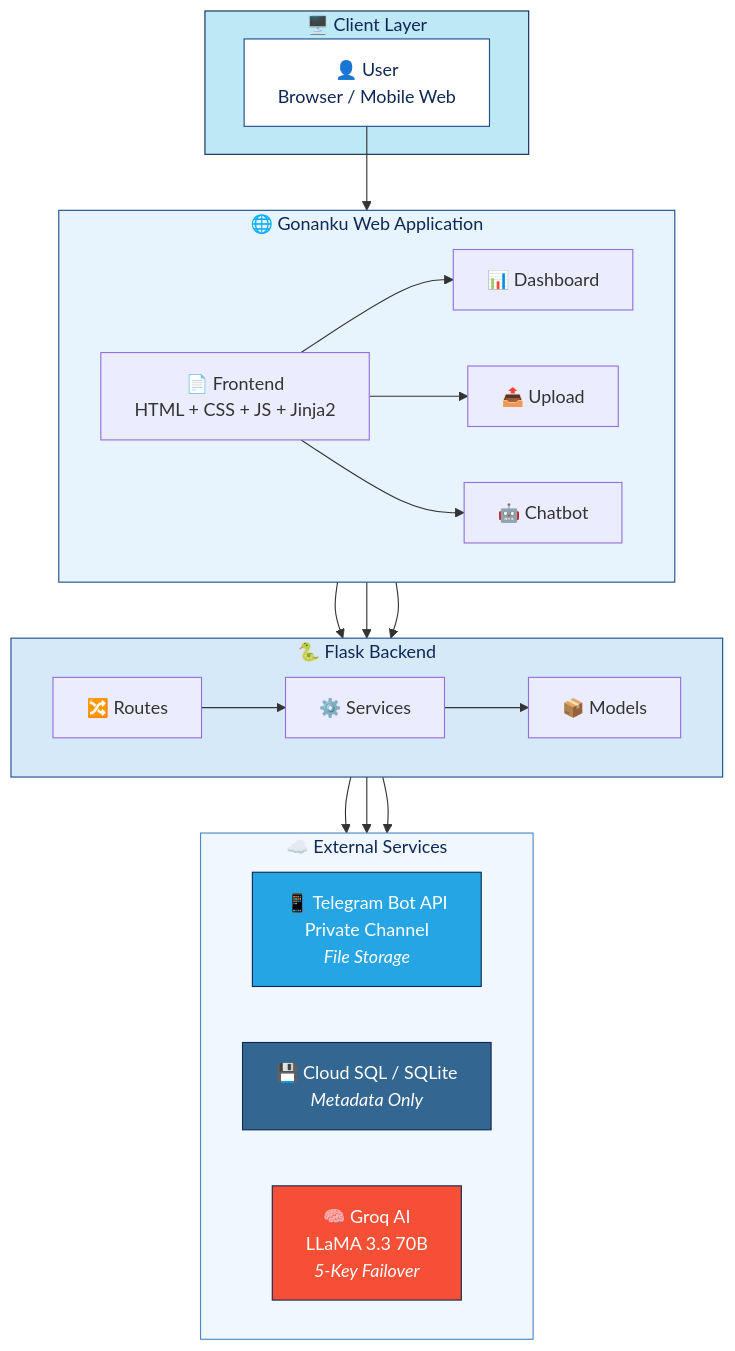
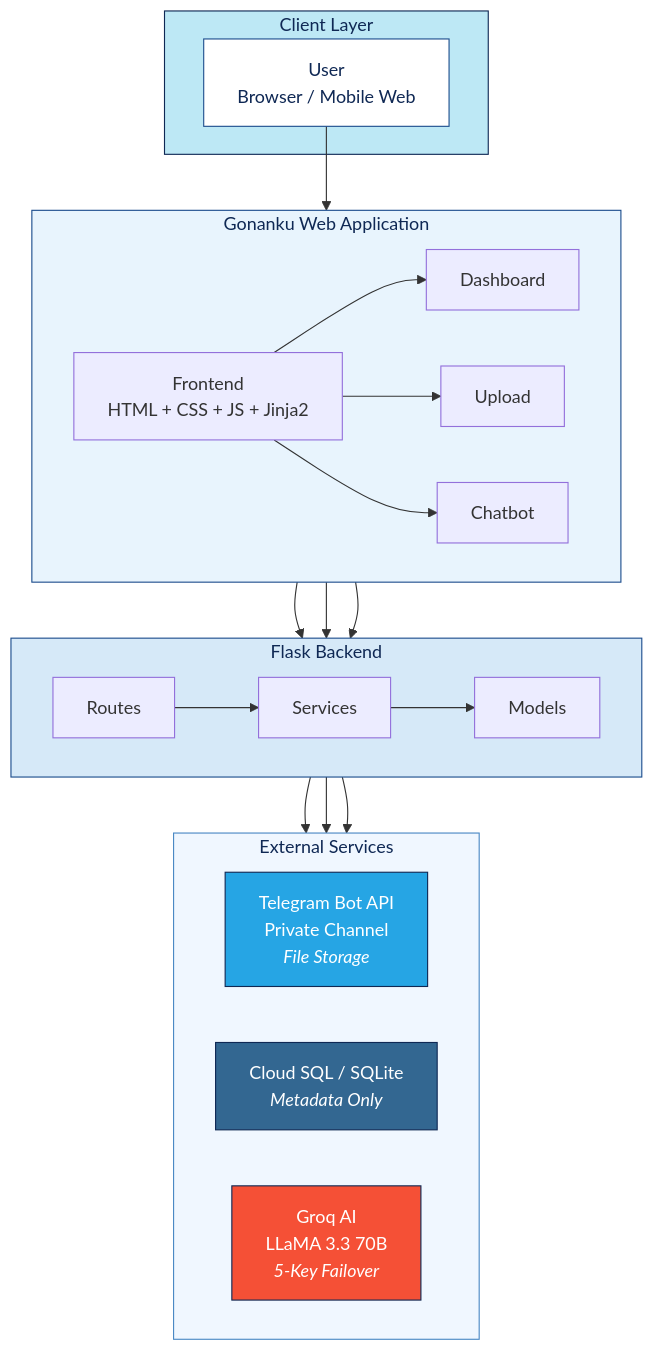
The first of 7 diagrams in README.md (Sulthonikamalm/cloudtubes-gonanku), drawn with Mermaid before and after one commit. The commit also changed other lines of this file, not shown here.

````diff
--- a/README.md
+++ b/README.md
@@ -68,44 +68,44 @@
 ```mermaid
 graph TB
-    subgraph CLIENT["🖥️ Client Layer"]
-        USER["👤 User<br/>Browser / Mobile Web"]
+    subgraph CLIENT["Client Layer"]
+        USER["User<br/>Browser / Mobile Web"]
     end
 
-    subgraph APP["🌐 Gonanku Web Application"]
+    subgraph APP["Gonanku Web Application"]
         direction LR
-        FE["📄 Frontend<br/>HTML + CSS + JS + Jinja2"]
-        DASH["📊 Dashboard"]
-        UPLOAD["📤 Upload"]
-        CHAT["🤖 Chatbot"]
+        FE["Frontend<br/>HTML + CSS + JS + Jinja2"]
+        DASH["Dashboard"]
+        UPLOAD["Upload"]
+        CHAT["Chatbot"]
     end
 
-    subgraph BACKEND["🐍 Flask Backend"]
+    subgraph BACKEND["Flask Backend"]
         direction LR
-        ROUTES["🔀 Routes"]
-        SERVICES["⚙️ Services"]
-        MODELS["📦 Models"]
+        ROUTES["Routes"]
+        SERVICES["Services"]
+        MODELS["Models"]
     end
 
-    subgraph EXTERNAL["☁️ External Services"]
+    subgraph EXTERNAL["External Services"]
         direction LR
-        TG["📱 Telegram Bot API<br/>Private Channel<br/><i>File Storage</i>"]
-        DB["💾 Cloud SQL / SQLite<br/><i>Metadata Only</i>"]
-        AI["🧠 Groq AI<br/>LLaMA 3.3 70B<br/><i>5-Key Failover</i>"]
+        TG["Telegram Bot API<br/>Private Channel<br/><i>File Storage</i>"]
+        DB["Cloud SQL / SQLite<br/><i>Metadata Only</i>"]
+        AI["Groq AI<br/>LLaMA 3.3 70B<br/><i>5-Key Failover</i>"]
     end
 
     USER --> FE
     FE --> DASH & UPLOAD & CHAT
     DASH & UPLOAD & CHAT --> ROUTES
     ROUTES --> SERVICES
     SERVICES --> MODELS
     SERVICES --> TG & DB & AI
 
     style CLIENT fill:#BDE8F5,stroke:#0F2854,color:#0F2854
     style APP fill:#E8F4FD,stroke:#1C4D8D,color:#0F2854
     style BACKEND fill:#D6E9F8,stroke:#1C4D8D,color:#0F2854
     style EXTERNAL fill:#F0F7FF,stroke:#4988C4,color:#0F2854
     style USER fill:#fff,stroke:#1C4D8D,color:#0F2854
     style TG fill:#26A5E4,stroke:#0F2854,color:#fff
     style DB fill:#336791,stroke:#0F2854,color:#fff
     style AI fill:#F55036,stroke:#0F2854,color:#fff
 ```
````
